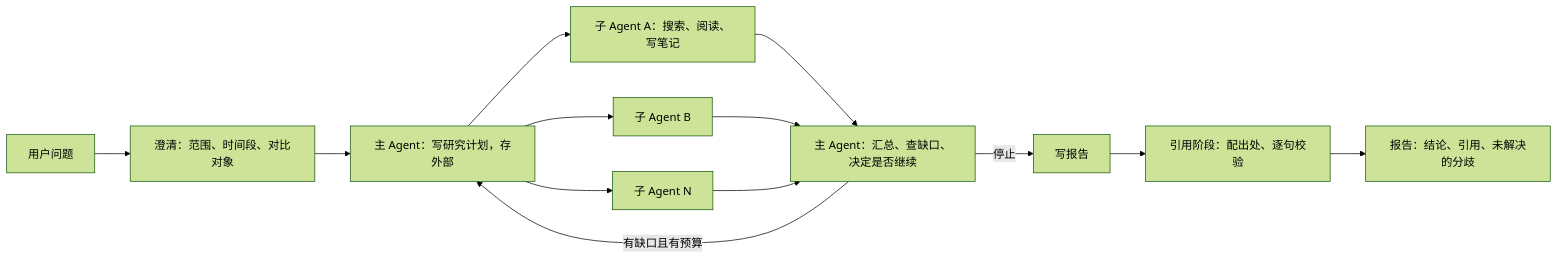
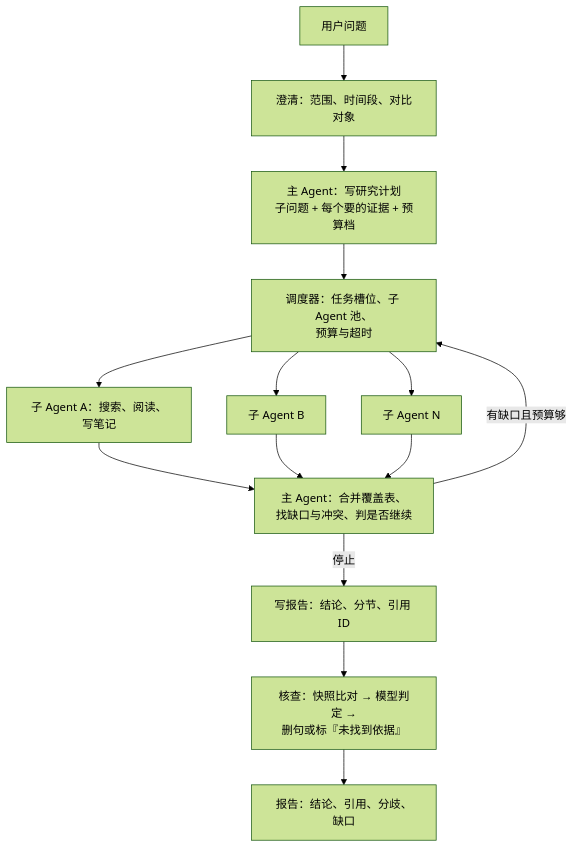
Before and after one commit to jyniki/agent-interview-kb: the diagram in kb/design/03-deep-research/README.md, drawn with Mermaid (forest theme). The commit also changed other lines of this file and 10 other files, not shown here.

````diff
--- a/kb/design/03-deep-research/README.md
+++ b/kb/design/03-deep-research/README.md
@@ -44,15 +268,16 @@
 ```mermaid
-flowchart LR
+flowchart TB
     U["用户问题"] --> C["澄清：范围、时间段、对比对象"]
-    C --> P["主 Agent：写研究计划，存外部"]
-    P --> A["子 Agent A：搜索、阅读、写笔记"]
-    P --> B["子 Agent B"]
-    P --> N["子 Agent N"]
-    A --> M["主 Agent：汇总、查缺口、决定是否继续"]
+    C --> P["主 Agent：写研究计划<br/>子问题 + 每个要的证据 + 预算档"]
+    P --> S["调度器：任务槽位、子 Agent 池、<br/>预算与超时"]
+    S --> A["子 Agent A：搜索、阅读、写笔记"]
+    S --> B["子 Agent B"]
+    S --> N["子 Agent N"]
+    A --> M["主 Agent：合并覆盖表、<br/>找缺口与冲突、判是否继续"]
     B --> M
     N --> M
-    M -->|有缺口且有预算| P
-    M -->|停止| W["写报告"]
-    W --> V["引用阶段：配出处、逐句校验"]
-    V --> O["报告：结论、引用、未解决的分歧"]
+    M -->|"有缺口且预算够"| S
+    M -->|停止| W["写报告：结论、分节、引用 ID"]
+    W --> V["核查：快照比对 → 模型判定 →<br/>删句或标『未找到依据』"]
+    V --> O["报告：结论、引用、分歧、缺口"]
 ```
````
